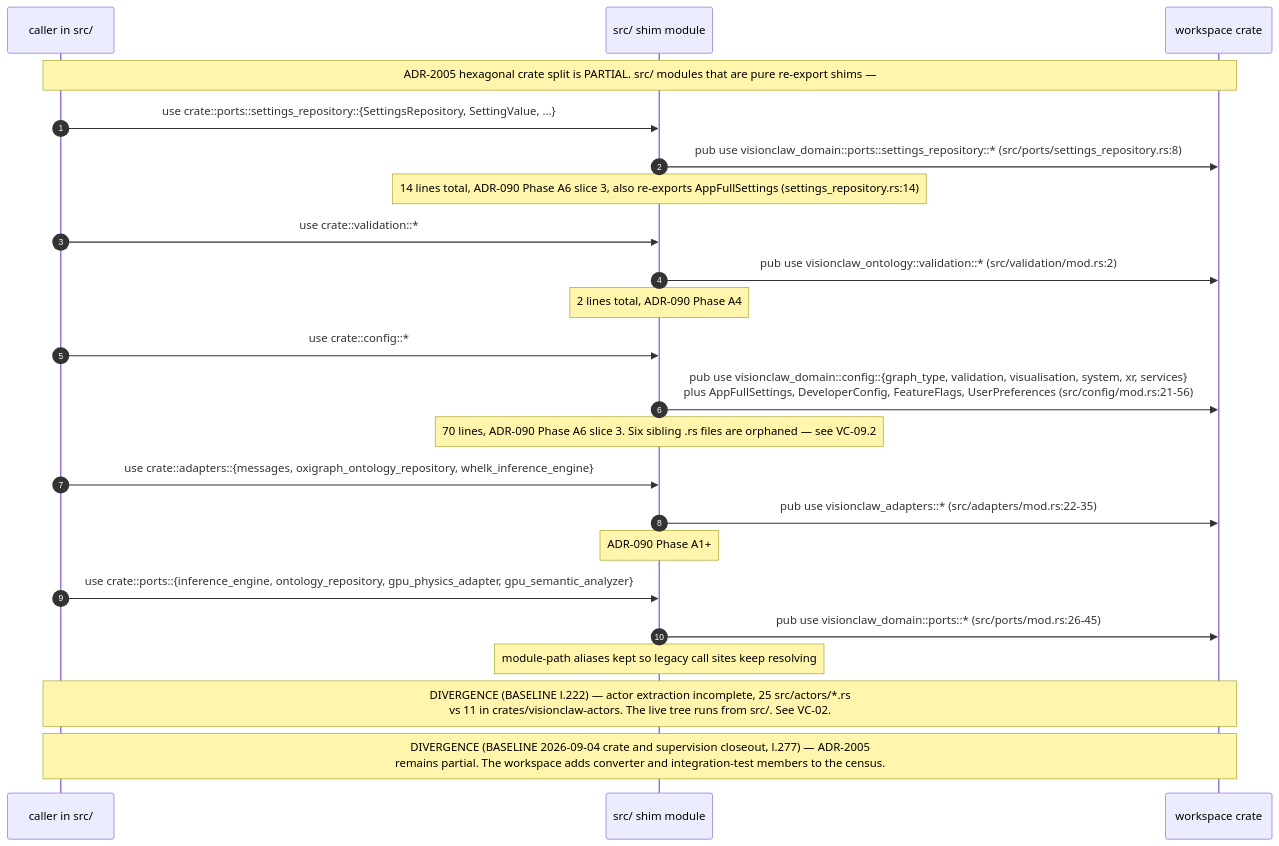
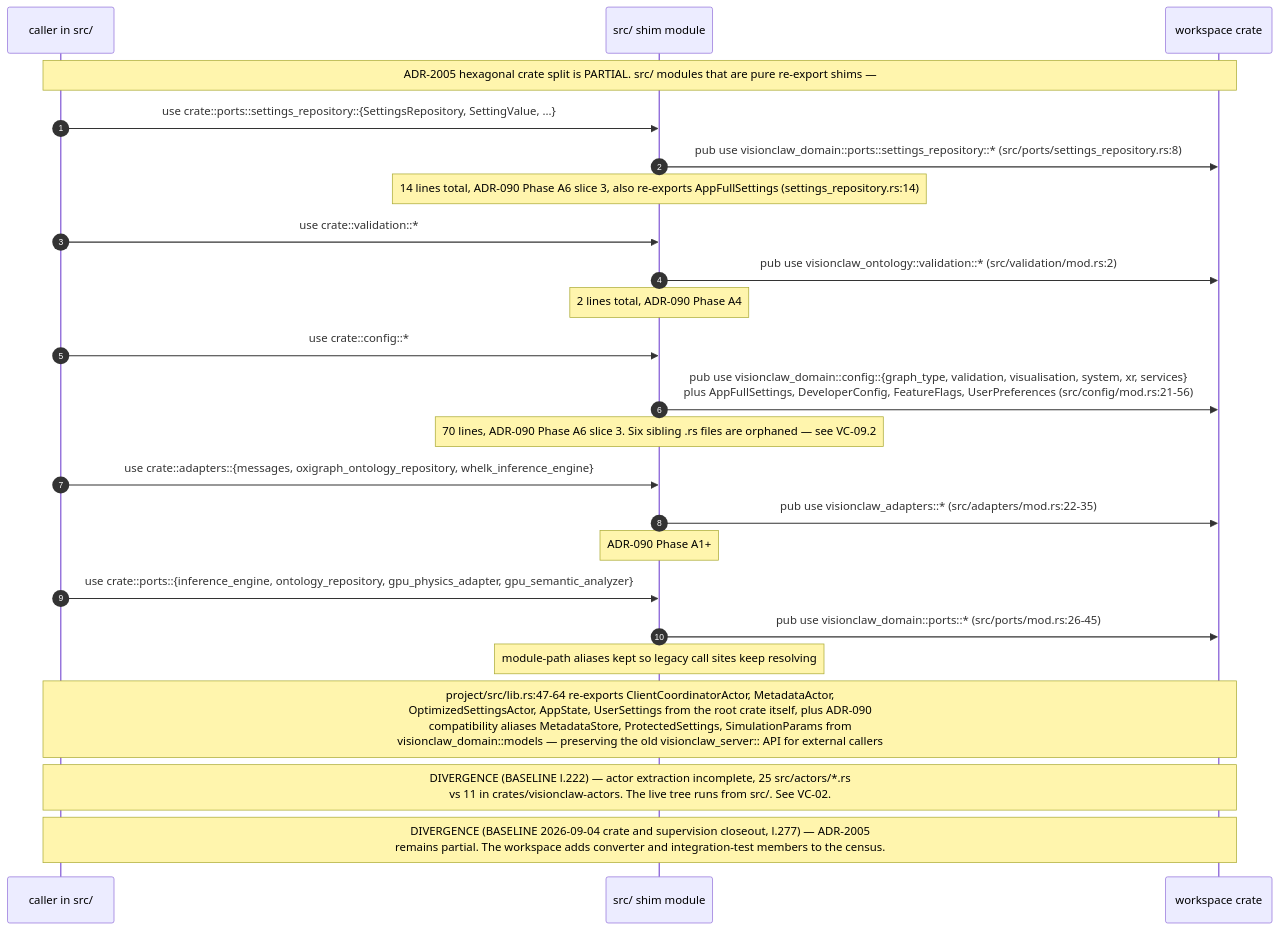
One commit to DreamLab-AI/VisionFlow changed the second of 9 diagrams in docs/diagrams/visionclaw/07-hexagonal-ports-and-crates.md. Above: the diagram before and after it, drawn with Mermaid. The commit also changed other lines of this file and 136 other files, not shown here.

First line of the commit message:
docs(diagrams): refresh the whole corpus to code HEAD and prune low-value diagrams

````diff
--- a/docs/diagrams/visionclaw/07-hexagonal-ports-and-crates.md
+++ b/docs/diagrams/visionclaw/07-hexagonal-ports-and-crates.md
@@ -105,26 +111,27 @@
 ```mermaid
 sequenceDiagram
     autonumber
     participant C as caller in src/
     participant SH as src/ shim module
     participant CR as workspace crate
 
     Note over C,CR: ADR-2005 hexagonal crate split is PARTIAL. src/ modules that are pure re-export shims —
     C->>SH: use crate::ports::settings_repository::{SettingsRepository, SettingValue, ...}
     SH->>CR: pub use visionclaw_domain::ports::settings_repository::* (src/ports/settings_repository.rs:8)
     Note over SH: 14 lines total, ADR-090 Phase A6 slice 3, also re-exports AppFullSettings (settings_repository.rs:14)
     C->>SH: use crate::validation::*
     SH->>CR: pub use visionclaw_ontology::validation::* (src/validation/mod.rs:2)
     Note over SH: 2 lines total, ADR-090 Phase A4
     C->>SH: use crate::config::*
     SH->>CR: pub use visionclaw_domain::config::{graph_type, validation, visualisation, system, xr, services}<br/>plus AppFullSettings, DeveloperConfig, FeatureFlags, UserPreferences (src/config/mod.rs:21-56)
     Note over SH: 70 lines, ADR-090 Phase A6 slice 3. Six sibling .rs files are orphaned — see VC-09.2
     C->>SH: use crate::adapters::{messages, oxigraph_ontology_repository, whelk_inference_engine}
     SH->>CR: pub use visionclaw_adapters::* (src/adapters/mod.rs:22-35)
     Note over SH: ADR-090 Phase A1+
     C->>SH: use crate::ports::{inference_engine, ontology_repository, gpu_physics_adapter, gpu_semantic_analyzer}
     SH->>CR: pub use visionclaw_domain::ports::* (src/ports/mod.rs:26-45)
     Note over SH: module-path aliases kept so legacy call sites keep resolving
+    Note over C,CR: project/src/lib.rs:47-64 re-exports ClientCoordinatorActor, MetadataActor,<br/>OptimizedSettingsActor, AppState, UserSettings from the root crate itself, plus ADR-090<br/>compatibility aliases MetadataStore, ProtectedSettings, SimulationParams from<br/>visionclaw_domain::models — preserving the old visionclaw_server:: API for external callers
     Note over C,CR: DIVERGENCE (BASELINE l.222) — actor extraction incomplete, 25 src/actors/*.rs<br/>vs 11 in crates/visionclaw-actors. The live tree runs from src/. See VC-02.
     Note over C,CR: DIVERGENCE (BASELINE 2026-09-04 crate and supervision closeout, l.277) — ADR-2005<br/>remains partial. The workspace adds converter and integration-test members to the census.
 ```
````
